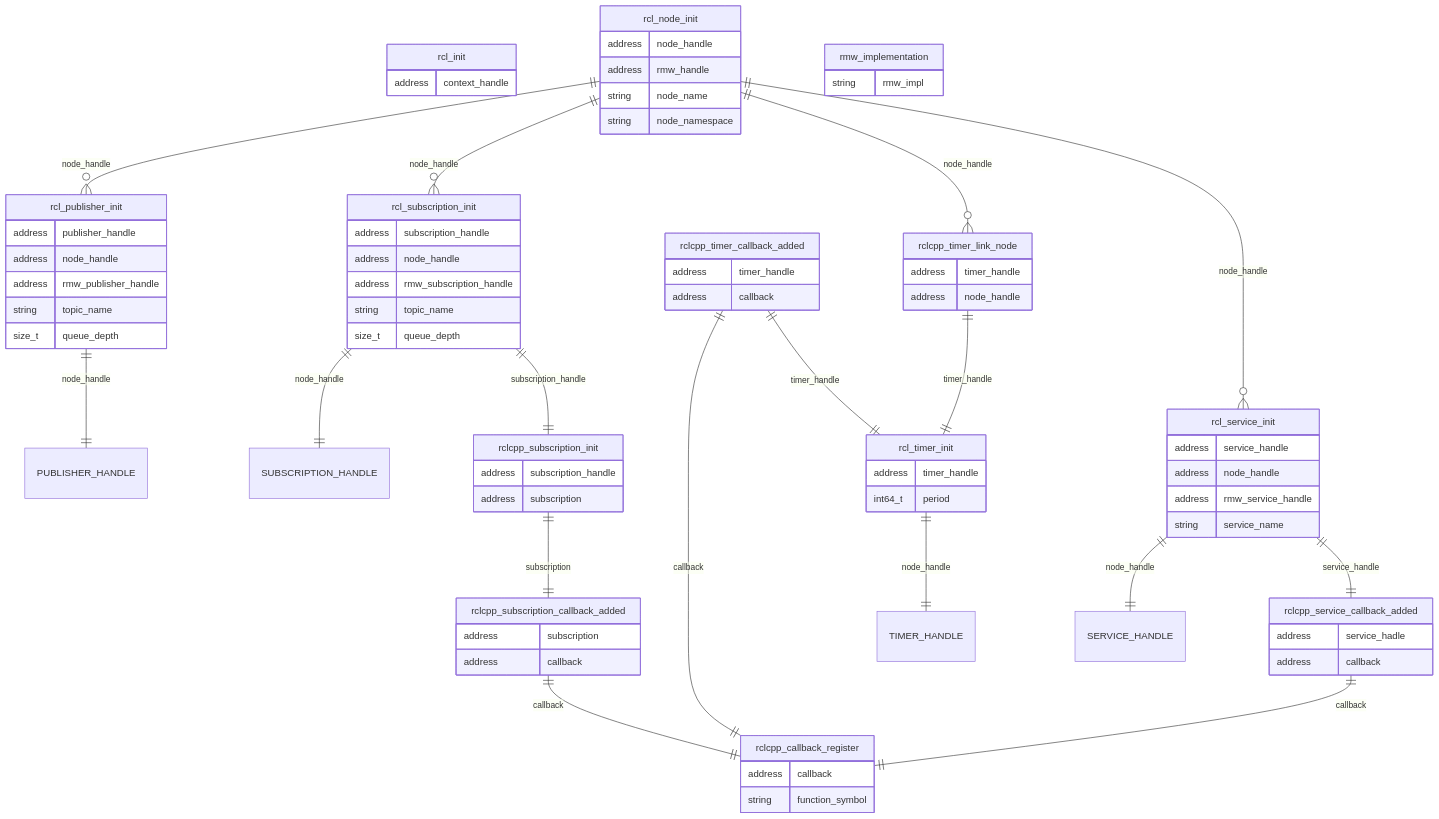
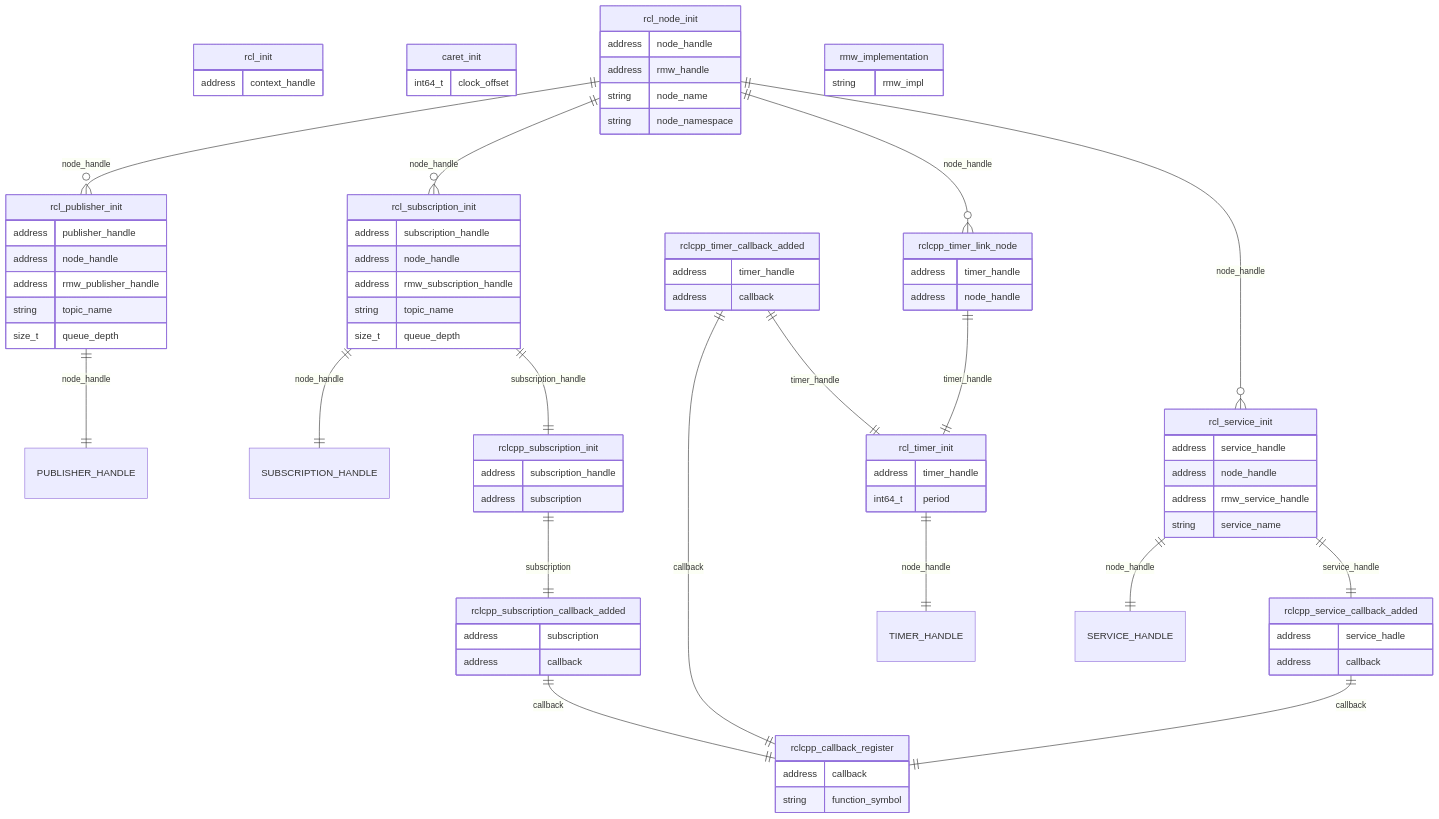
Before and after one commit to tier4/caret_doc: the first of 2 diagrams in docs/design/trace_points/initialization_trace_points.md, drawn with Mermaid. The commit also changed other lines of this file and 2 other files, not shown here.

```diff
--- a/docs/design/trace_points/initialization_trace_points.md
+++ b/docs/design/trace_points/initialization_trace_points.md
@@ -9,6 +9,10 @@
 erDiagram
  rcl_init{
  address context_handle
+ }
+
+ caret_init{
+ int64_t clock_offset
  }
 
  rcl_node_init{
```
